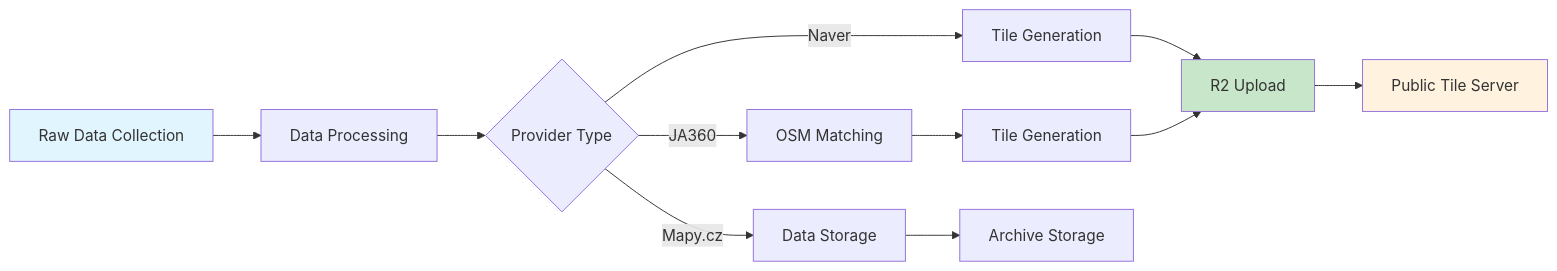
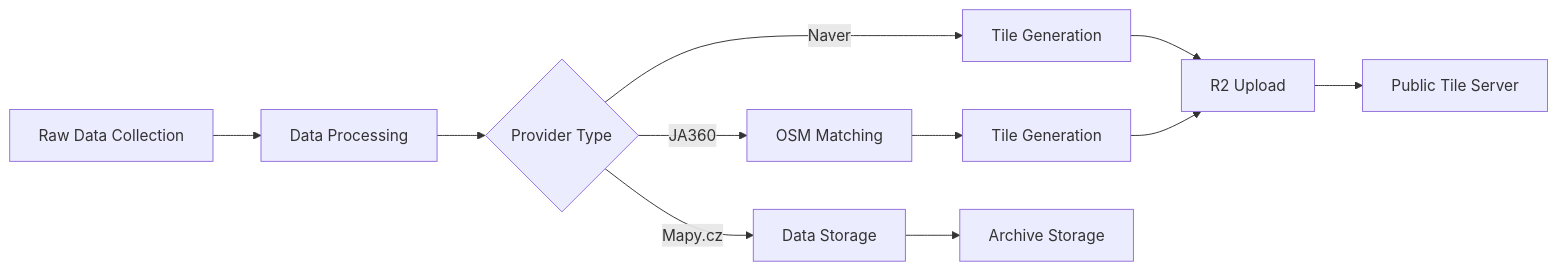
The diagram in README.md (Thomas-Fernandes/streetradar-data-engine), drawn with Mermaid before and after one commit. The commit also changed other lines of this file, not shown here.

Commit message:
[FIX] readme mermaid colors

````diff
--- a/README.md
+++ b/README.md
@@ -17,20 +17,16 @@
 ```mermaid
 graph LR
     A[Raw Data Collection] --> B[Data Processing]
     B --> C{Provider Type}
     
     C -->|JA360| D[OSM Matching]
     C -->|Naver| E[Tile Generation]
     C -->|Mapy.cz| F[Data Storage]
     
     D --> G[Tile Generation]
     E --> H[R2 Upload]
     G --> H
     
     H --> I[Public Tile Server]
     F --> J[Archive Storage]
-    
-    style A fill:#e1f5fe
-    style H fill:#c8e6c9
-    style I fill:#fff3e0
 ```
````
